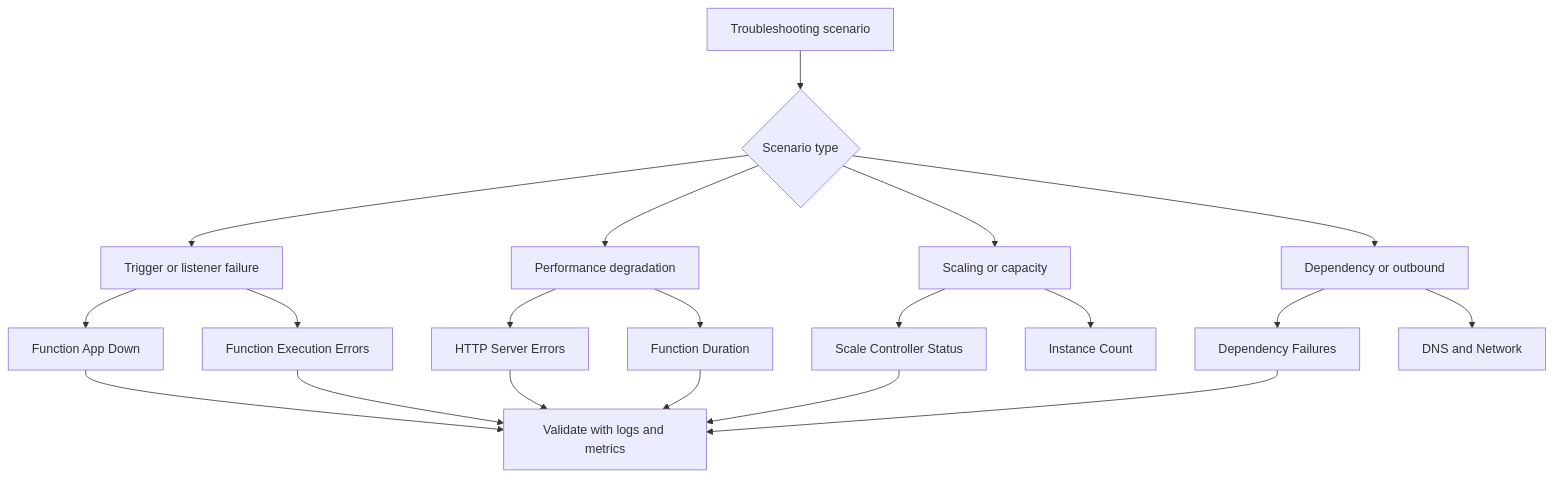
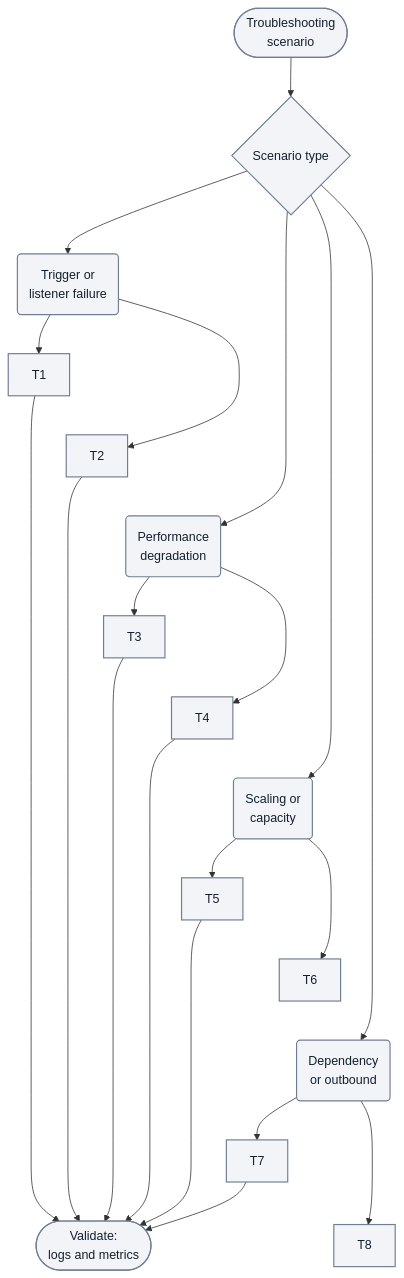
The diagram in docs/troubleshooting/methodology/detector-map.md (yeongseon/azure-functions-practical-guide), drawn with Mermaid before and after one commit. The commit also changed other lines of this file and 4 other files, not shown here.

First line of the commit message:
docs(diagrams): migrate Functions troubleshooting overview — mental model and methodology and related diagnostics (#456)

````diff
--- a/docs/troubleshooting/methodology/detector-map.md
+++ b/docs/troubleshooting/methodology/detector-map.md
@@ -34,22 +34,34 @@
 ```mermaid
 graph TD
-    A[Troubleshooting scenario] --> B{Scenario type}
-    B --> C[Trigger or listener failure]
-    B --> D[Performance degradation]
-    B --> E[Scaling or capacity]
-    B --> F[Dependency or outbound]
-    C --> G[Function App Down]
-    C --> H[Function Execution Errors]
-    D --> I[HTTP Server Errors]
-    D --> J[Function Duration]
-    E --> K[Scale Controller Status]
-    E --> L[Instance Count]
-    F --> M[Dependency Failures]
-    F --> N[DNS and Network]
-    G --> O[Validate with logs and metrics]
+    accTitle: Scenario to diagnostic topic map
+    accDescr: Illustrative selection among trigger, performance, scaling and dependency topics, retaining eight diagnostic labels and the original validation routes. Instance Count and DNS and Network remain terminal topics; labels do not promise a fixed detector catalogue.
+    A(["Troubleshooting<br/>scenario"]) --> B{"Scenario type"}
+    B --> C("Trigger or<br/>listener failure")
+    B --> D("Performance<br/>degradation")
+    B --> E("Scaling or<br/>capacity")
+    B --> F("Dependency<br/>or outbound")
+    C --> G["T1"]
+    C --> H["T2"]
+    D --> I["T3"]
+    D --> J["T4"]
+    E --> K["T5"]
+    E --> L["T6"]
+    F --> M["T7"]
+    F --> N["T8"]
+    G --> O(["Validate:<br/>logs and metrics"])
     H --> O
     I --> O
     J --> O
     K --> O
     M --> O
+    %% Layout-only links serialize topics; they add no diagnostic steps or arrows.
+    G ~~~ H
+    H ~~~ D
+    I ~~~ J
+    J ~~~ E
+    K ~~~ L
+    L ~~~ F
+    M ~~~ N
+    classDef neutral fill:#f2f4f8,stroke:#707e93,stroke-width:1.5px,color:#14202e;
+    class A,B,C,D,E,F,G,H,I,J,K,L,M,N,O neutral;
 ```
````
